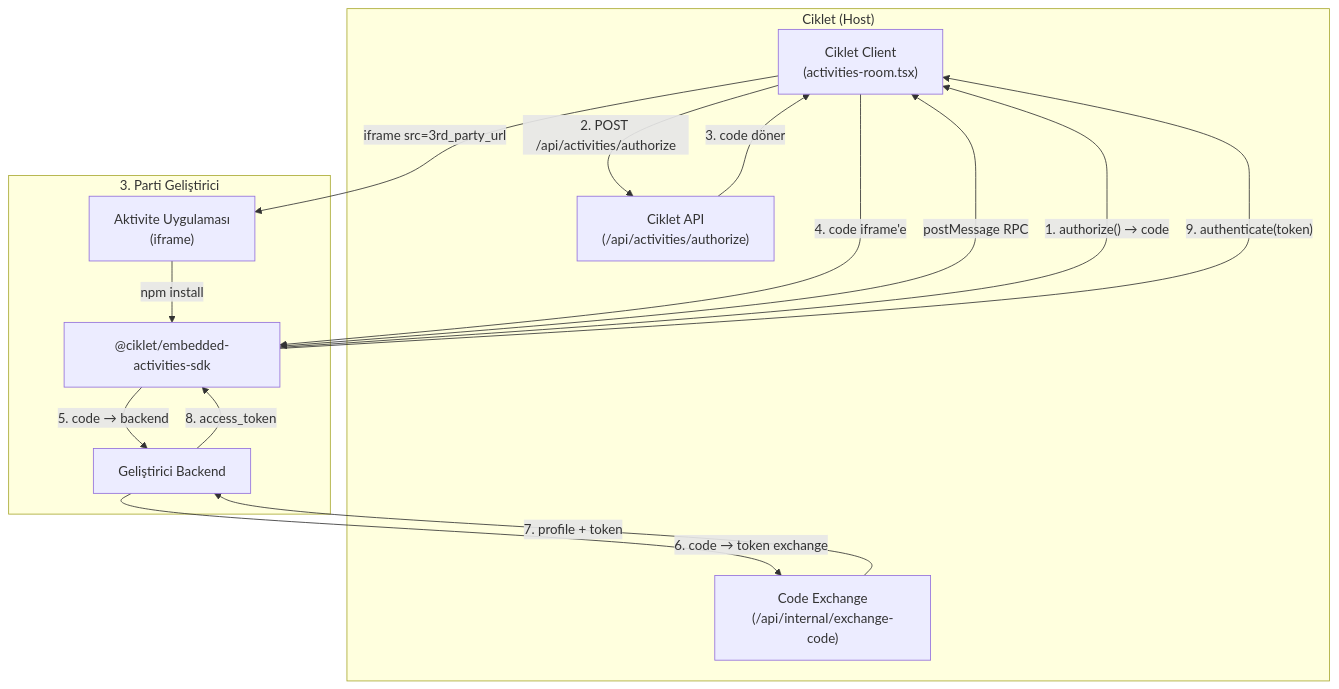
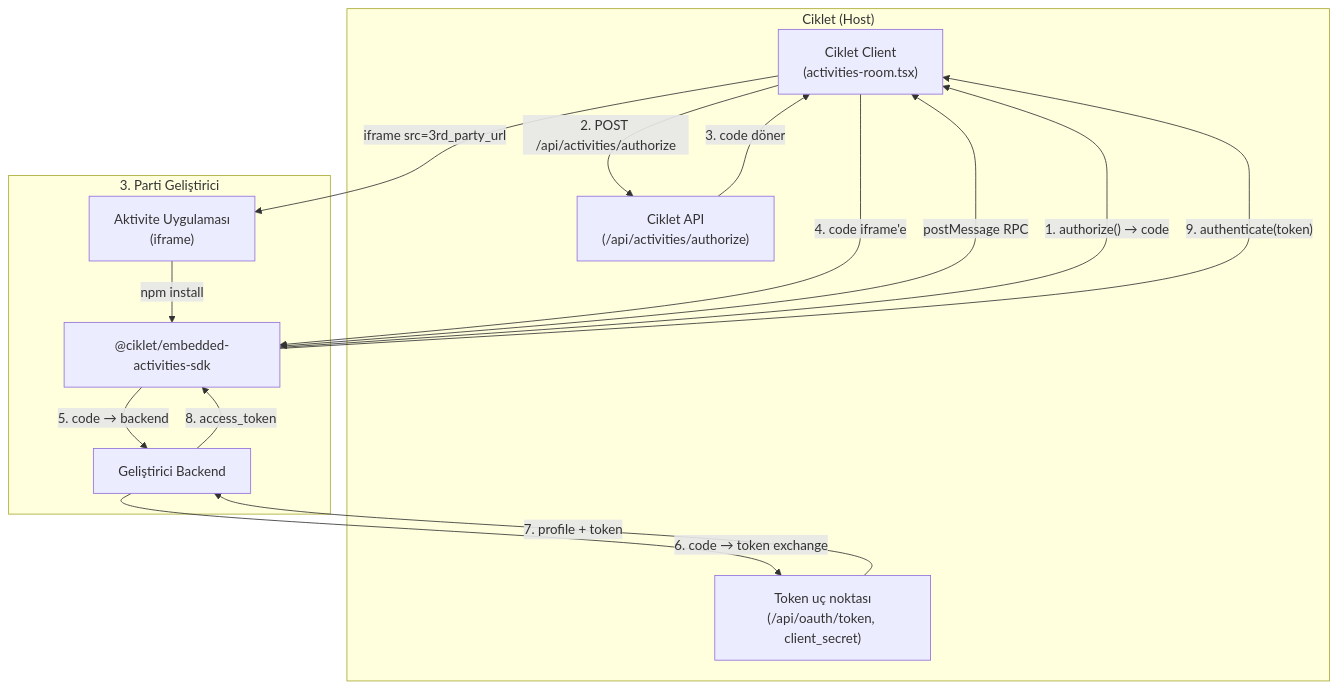
One commit to CikletApp/ciklet-sdk changed the diagram in docs/walkthrough.md. Above: the diagram before and after it, drawn with Mermaid. The commit also changed other lines of this file and 11 other files, not shown here.

````diff
--- a/docs/walkthrough.md
+++ b/docs/walkthrough.md
@@ -7,28 +12,28 @@
 ```mermaid
 graph TD
     subgraph "Ciklet (Host)"
         CC["Ciklet Client<br>(activities-room.tsx)"]
         CA["Ciklet API<br>(/api/activities/authorize)"]
-        CE["Code Exchange<br>(/api/internal/exchange-code)"]
+        CE["Token uç noktası<br>(/api/oauth/token, client_secret)"]
     end
 
     subgraph "3. Parti Geliştirici"
         APP["Aktivite Uygulaması<br>(iframe)"]
         SDK["@ciklet/embedded-activities-sdk"]
         APPBE["Geliştirici Backend"]
     end
 
     CC -->|"iframe src=3rd_party_url"| APP
     APP -->|"npm install"| SDK
     SDK <-->|"postMessage RPC"| CC
 
     SDK -->|"1. authorize() → code"| CC
     CC -->|"2. POST /api/activities/authorize"| CA
     CA -->|"3. code döner"| CC
     CC -->|"4. code iframe'e"| SDK
     SDK -->|"5. code → backend"| APPBE
     APPBE -->|"6. code → token exchange"| CE
     CE -->|"7. profile + token"| APPBE
     APPBE -->|"8. access_token"| SDK
     SDK -->|"9. authenticate(token)"| CC
 ```
````
